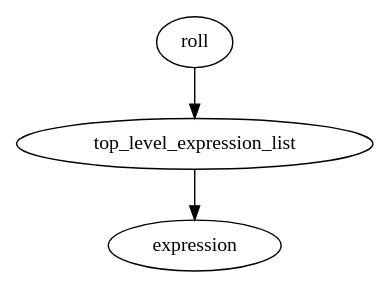
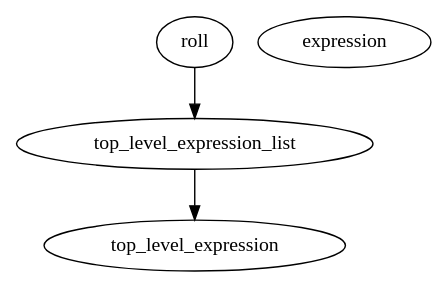
One commit to matteocorti/roll changed the diagram in grammar.dot. Above: the diagram before and after it, drawn with Graphviz. The commit also changed 22 other files, not shown here.

```diff
--- a/grammar.dot
+++ b/grammar.dot
@@ -1,4 +1,4 @@
 digraph grammar {
       roll -> top_level_expression_list;
-      top_level_expression_list -> expression;
+      top_level_expression_list -> top_level_expression expression;
 }
```
